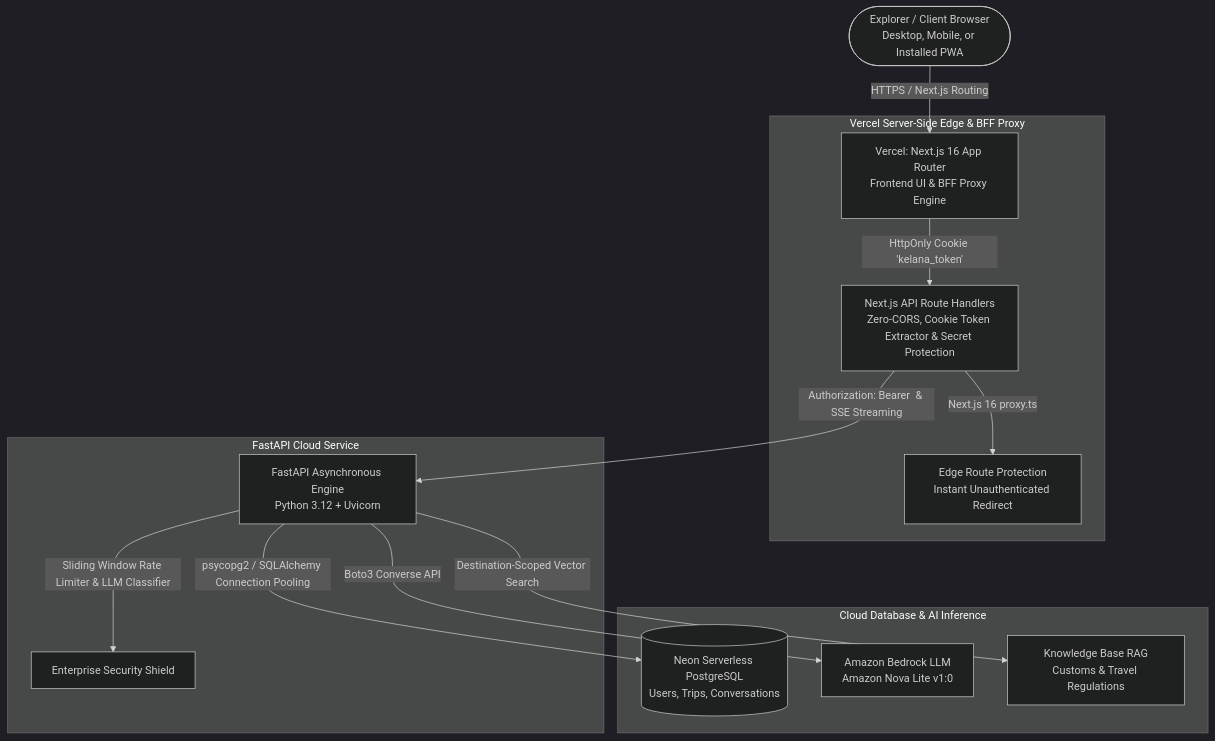
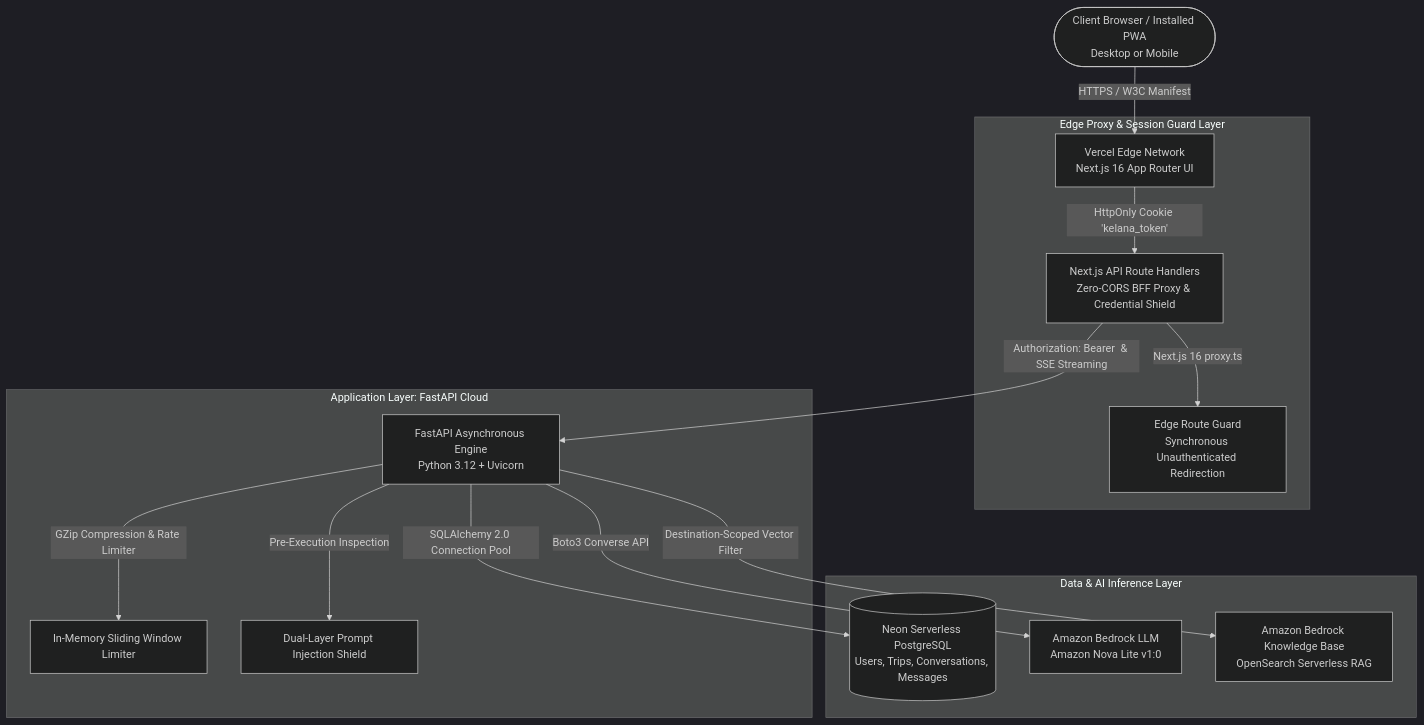
One commit to ignasiusadhitia/kelana-ai changed the first of 2 diagrams in README.md. Above: the diagram before and after it, drawn with Mermaid (dark theme). The commit also changed other lines of this file, not shown here.

Commit message:
docs: refine README to enterprise standards with technical prose and 100% English

````diff
--- a/README.md
+++ b/README.md
@@ -32,20 +35,21 @@
 ```mermaid
 graph TD
-    User([Explorer / Client Browser\nDesktop, Mobile, or Installed PWA]) -->|HTTPS / Next.js Routing| Vercel[Vercel: Next.js 16 App Router\nFrontend UI & BFF Proxy Engine]
+    Client([Client Browser / Installed PWA\nDesktop or Mobile]) -->|HTTPS / W3C Manifest| Vercel[Vercel Edge Network\nNext.js 16 App Router UI]
     
-    subgraph Vercel_Edge [Vercel Server-Side Edge & BFF Proxy]
-        Vercel -->|HttpOnly Cookie 'kelana_token'| BFF[Next.js API Route Handlers\nZero-CORS, Cookie Token Extractor & Secret Protection]
-        BFF -->|Next.js 16 proxy.ts| EdgeGuard[Edge Route Protection\nInstant Unauthenticated Redirect]
+    subgraph Vercel_Edge [Edge Proxy & Session Guard Layer]
+        Vercel -->|HttpOnly Cookie 'kelana_token'| BFF[Next.js API Route Handlers\nZero-CORS BFF Proxy & Credential Shield]
+        BFF -->|Next.js 16 proxy.ts| EdgeGuard[Edge Route Guard\nSynchronous Unauthenticated Redirection]
     end
     
-    subgraph Cloud_Backend [FastAPI Cloud Service]
-        BFF -->|Authorization: Bearer <token> & SSE Streaming| FastAPI[FastAPI Asynchronous Engine\nPython 3.12 + Uvicorn]
-        FastAPI -->|Sliding Window Rate Limiter & LLM Classifier| Guardrails[Enterprise Security Shield]
+    subgraph Cloud_Backend [Application Layer: FastAPI Cloud]
+        BFF -->|Authorization: Bearer <JWT> & SSE Streaming| FastAPI[FastAPI Asynchronous Engine\nPython 3.12 + Uvicorn]
+        FastAPI -->|GZip Compression & Rate Limiter| Middleware[In-Memory Sliding Window Limiter]
+        FastAPI -->|Pre-Execution Inspection| Guardrails[Dual-Layer Prompt Injection Shield]
     end
     
-    subgraph Data_Layer [Cloud Database & AI Inference]
-        FastAPI -->|psycopg2 / SQLAlchemy Connection Pooling| Neon[(Neon Serverless PostgreSQL\nUsers, Trips, Conversations)]
+    subgraph Persistence_AI [Data & AI Inference Layer]
+        FastAPI -->|SQLAlchemy 2.0 Connection Pool| Neon[(Neon Serverless PostgreSQL\nUsers, Trips, Conversations, Messages)]
         FastAPI -->|Boto3 Converse API| Bedrock[Amazon Bedrock LLM\nAmazon Nova Lite v1:0]
-        FastAPI -->|Destination-Scoped Vector Search| RAG[Knowledge Base RAG\nCustoms & Travel Regulations]
+        FastAPI -->|Destination-Scoped Vector Filter| RAG[Amazon Bedrock Knowledge Base\nOpenSearch Serverless RAG]
     end
 ```
````
